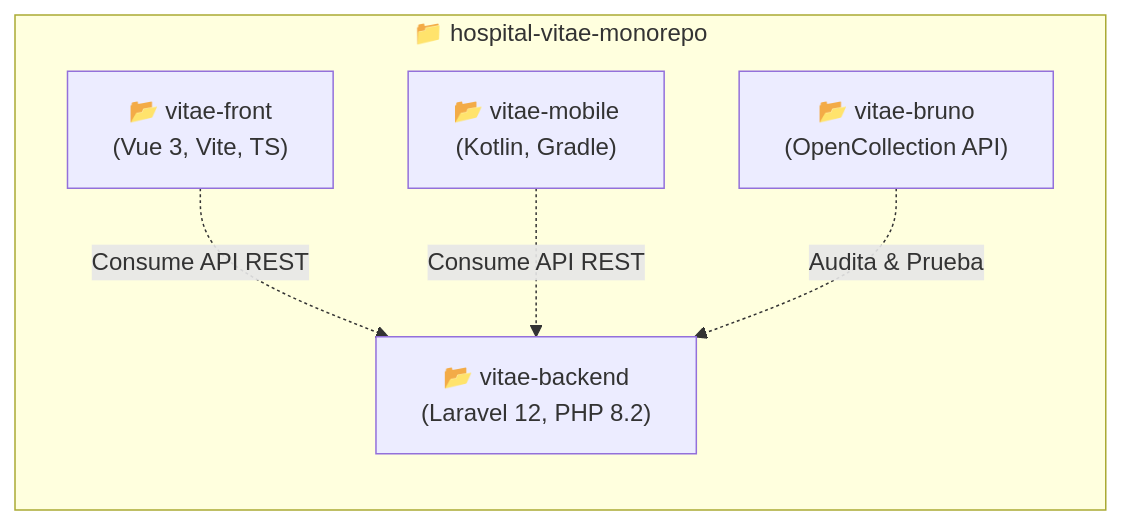
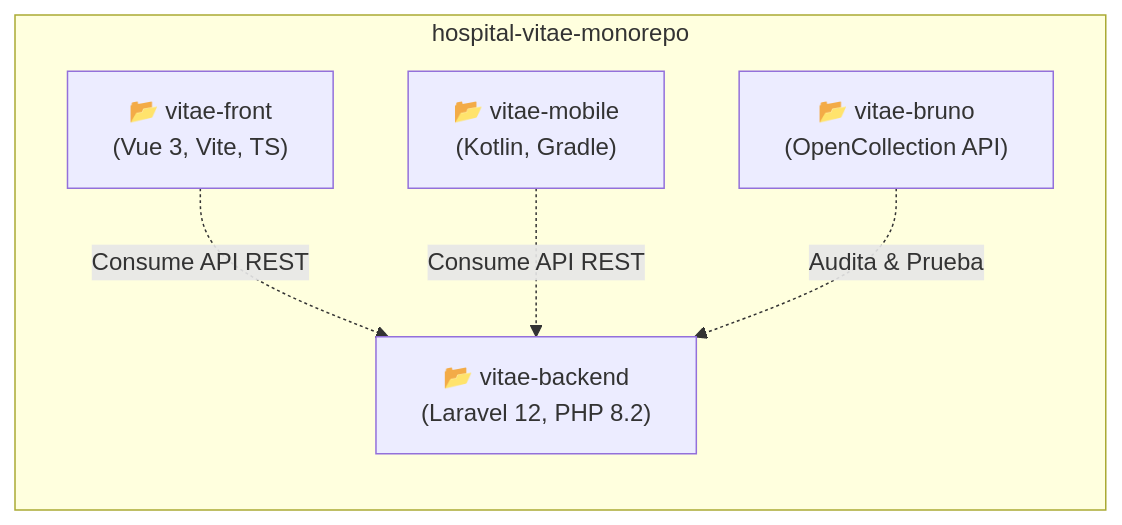
One commit to Coria322/hospital-vitae-monorepo changed the third of 3 diagrams in README.md. Above: the diagram before and after it, drawn with Mermaid. The commit also changed other lines of this file, not shown here.

Commit message:
style: optimize mermaid subgraph titles and clean spacing

````diff
--- a/README.md
+++ b/README.md
@@ -69,14 +69,14 @@
 ```mermaid
 graph LR
-    subgraph Monorepo["📁 hospital-vitae-monorepo"]
+    subgraph Monorepo ["hospital-vitae-monorepo"]
         direction TB
         F["📂 vitae-front<br/>(Vue 3, Vite, TS)"]
         B["📂 vitae-backend<br/>(Laravel 12, PHP 8.2)"]
         M["📂 vitae-mobile<br/>(Kotlin, Gradle)"]
         T["📂 vitae-bruno<br/>(OpenCollection API)"]
     end
 
     F -.->|Consume API REST| B
     M -.->|Consume API REST| B
     T -.->|Audita & Prueba| B
 ```
````
